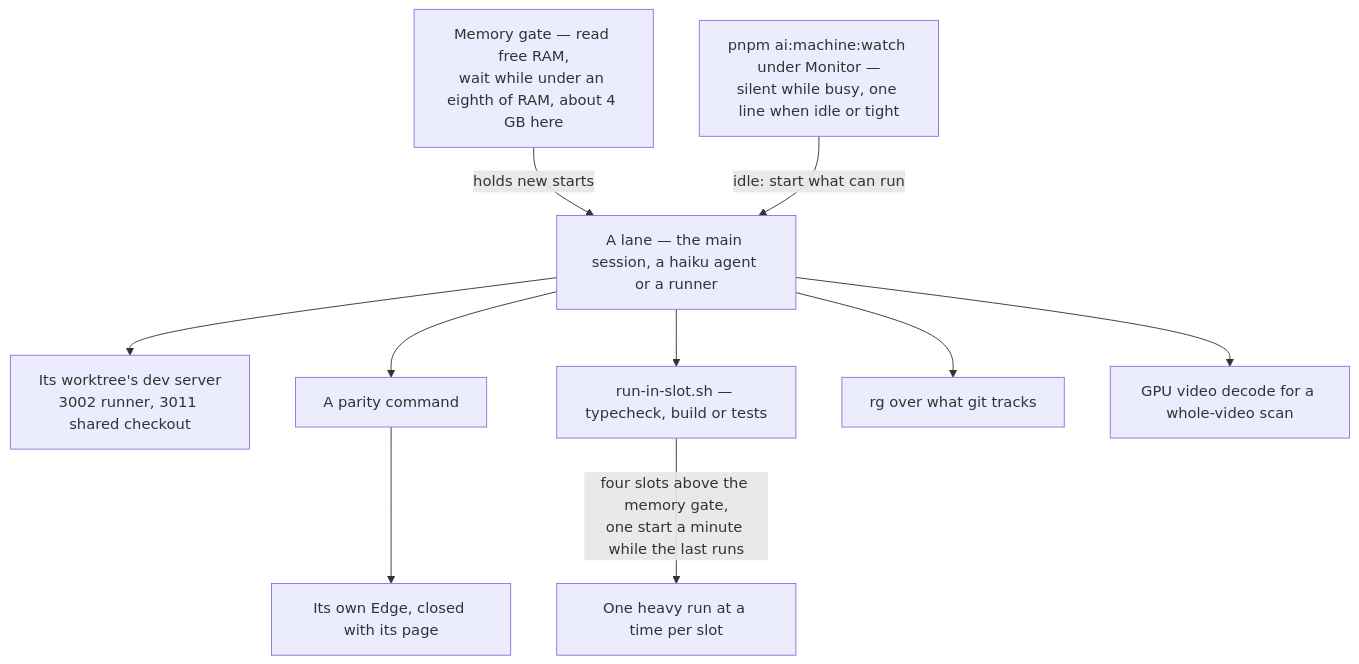
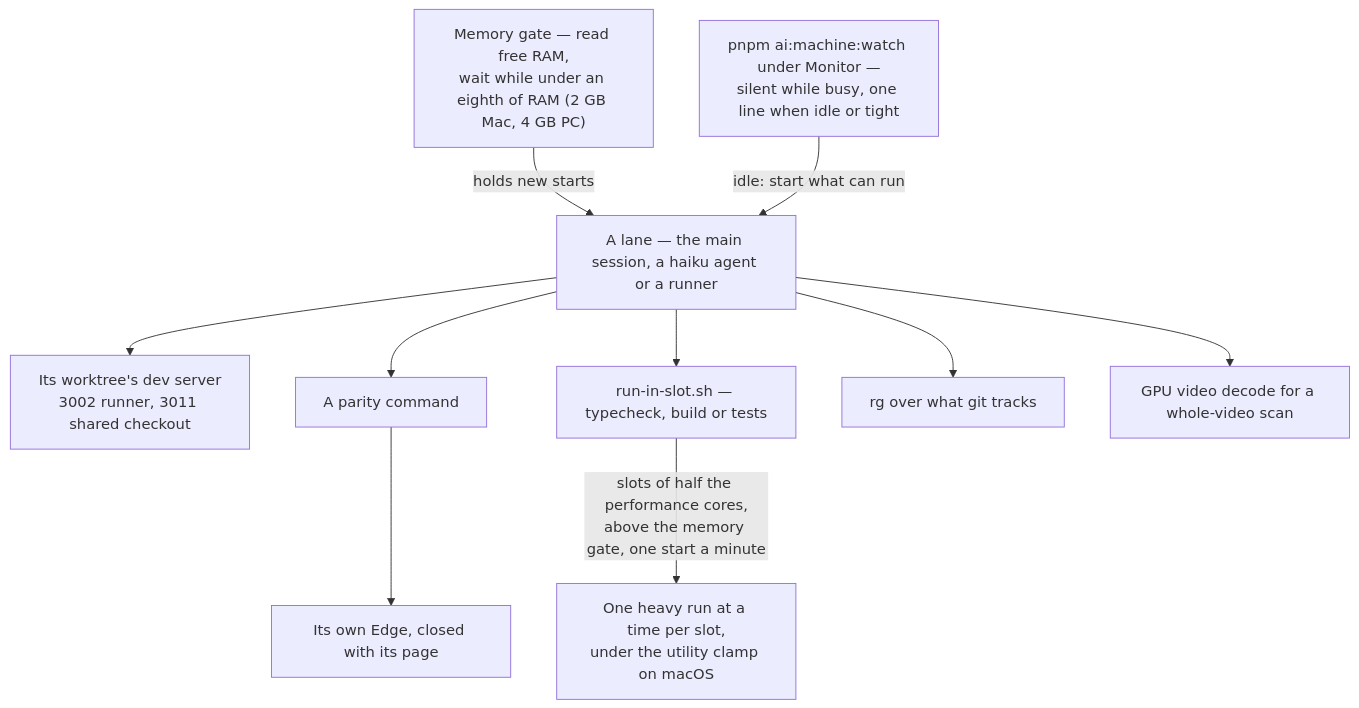
The diagram in apps/web/content/docs/architecture/machine-efficiency.md (Esposter/Esposter), drawn with Mermaid before and after one commit. The commit also changed other lines of this file and 4 other files, not shown here.

First line of the commit message:
perf(throughput): run-in-slot sizes its slots to the machine's performance cores and runs under the utility clamp on macOS

````diff
--- a/apps/web/content/docs/architecture/machine-efficiency.md
+++ b/apps/web/content/docs/architecture/machine-efficiency.md
@@ -20,12 +20,12 @@
 ```mermaid
 flowchart TD
-  G["Memory gate — read free RAM,<br/>wait while under an eighth of RAM, about 4 GB here"] -->|"holds new starts"| L
+  G["Memory gate — read free RAM,<br/>wait while under an eighth of RAM (2 GB Mac, 4 GB PC)"] -->|"holds new starts"| L
   W["pnpm ai:machine:watch under Monitor —<br/>silent while busy, one line when idle or tight"] -->|"idle: start what can run"| L
   L["A lane — the main session, a haiku agent or a runner"] --> DS["Its worktree's dev server<br/>3002 runner, 3011 shared checkout"]
   L --> CMD["A parity command"]
   CMD --> EDGE["Its own Edge, closed with its page"]
   L --> SLOT["run-in-slot.sh — typecheck, build or tests"]
-  SLOT -->|"four slots above the memory gate,<br/>one start a minute while the last runs"| RUN["One heavy run at a time per slot"]
+  SLOT -->|"slots of half the performance cores,<br/>above the memory gate, one start a minute"| RUN["One heavy run at a time per slot,<br/>under the utility clamp on macOS"]
   L --> SEARCH["rg over what git tracks"]
   L --> VIDEO["GPU video decode for a whole-video scan"]
 ```
````
